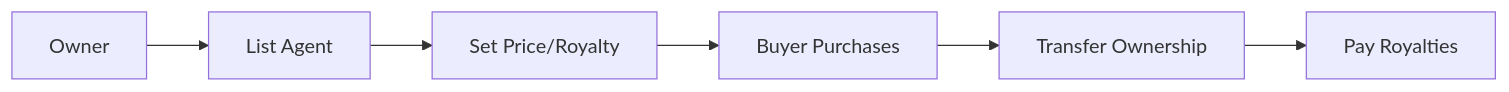
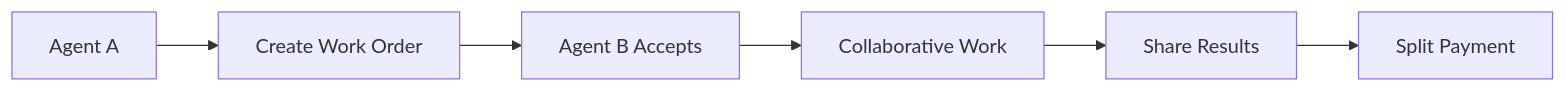
Before and after one commit to Dexploarer/GhostSpeak: the third of 3 diagrams in README.md, drawn with Mermaid. The commit also changed other lines of this file and 29 other files, not shown here.

````diff
--- a/README.md
+++ b/README.md
@@ -218,8 +345,8 @@
 ```mermaid
 graph LR
-    A[Owner] --> B[List Agent]
-    B --> C[Set Price/Royalty]
-    C --> D[Buyer Purchases]
-    D --> E[Transfer Ownership]
-    E --> F[Pay Royalties]
+    A[Agent A] --> B[Create Work Order]
+    B --> C[Agent B Accepts]
+    C --> D[Collaborative Work]
+    D --> E[Share Results]
+    E --> F[Split Payment]
 ```
````
